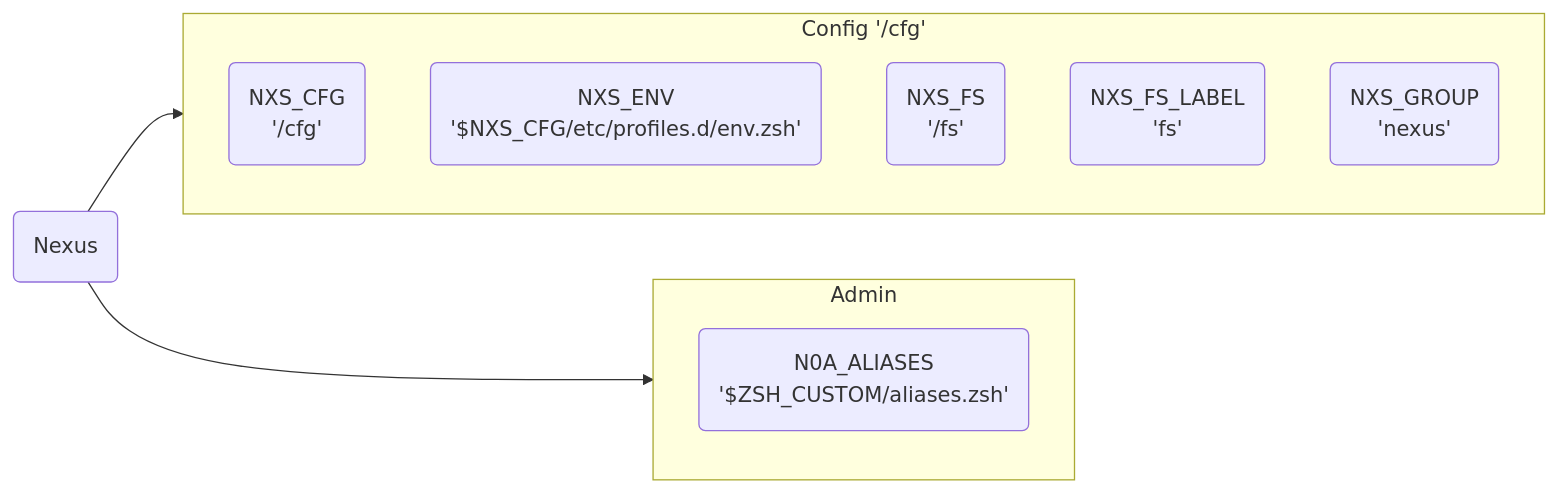
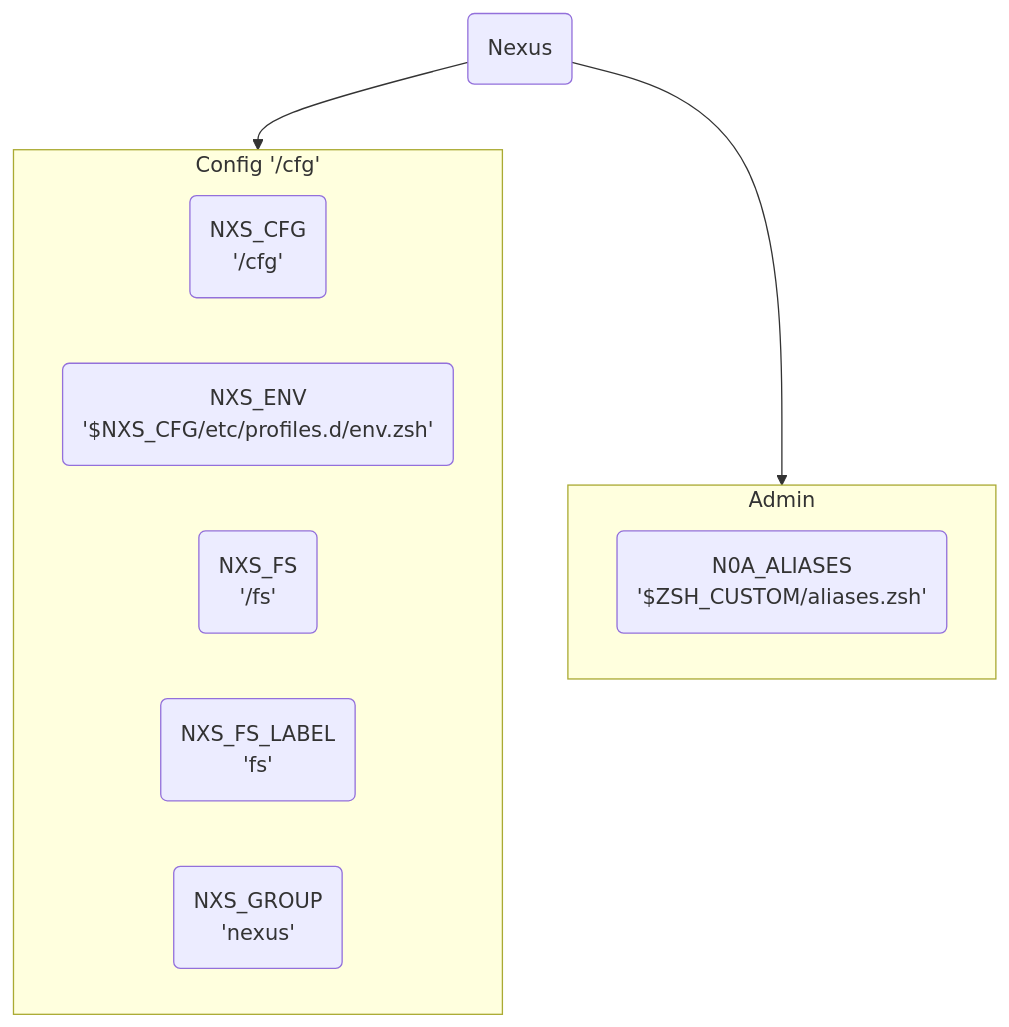
One commit to agenkit/GHost changed the diagram in setup/basic.md. Above: the diagram before and after it, drawn with Mermaid.

````diff
--- a/setup/basic.md
+++ b/setup/basic.md
@@ -36,22 +36,22 @@
 ```mermaid
-graph LR
+graph TB
    n("Nexus")
    cfg("NXS_CFG<br>'/cfg'")
    env("NXS_ENV<br>'$NXS_CFG/etc/profiles.d/env.zsh'")
    fs("NXS_FS<br>'/fs'")
    fsl("NXS_FS_LABEL<br>'fs'")
    grp("NXS_GROUP<br>'nexus'")
    as("N0A_ALIASES<br>'$ZSH_CUSTOM/aliases.zsh'")
 
    n --> c
    subgraph c["Config '/cfg'"]
       
       cfg & env & fs & fsl & grp
    
    end
    
    n --> a
    subgraph a["Admin"]
       as
    end
 ```
````
